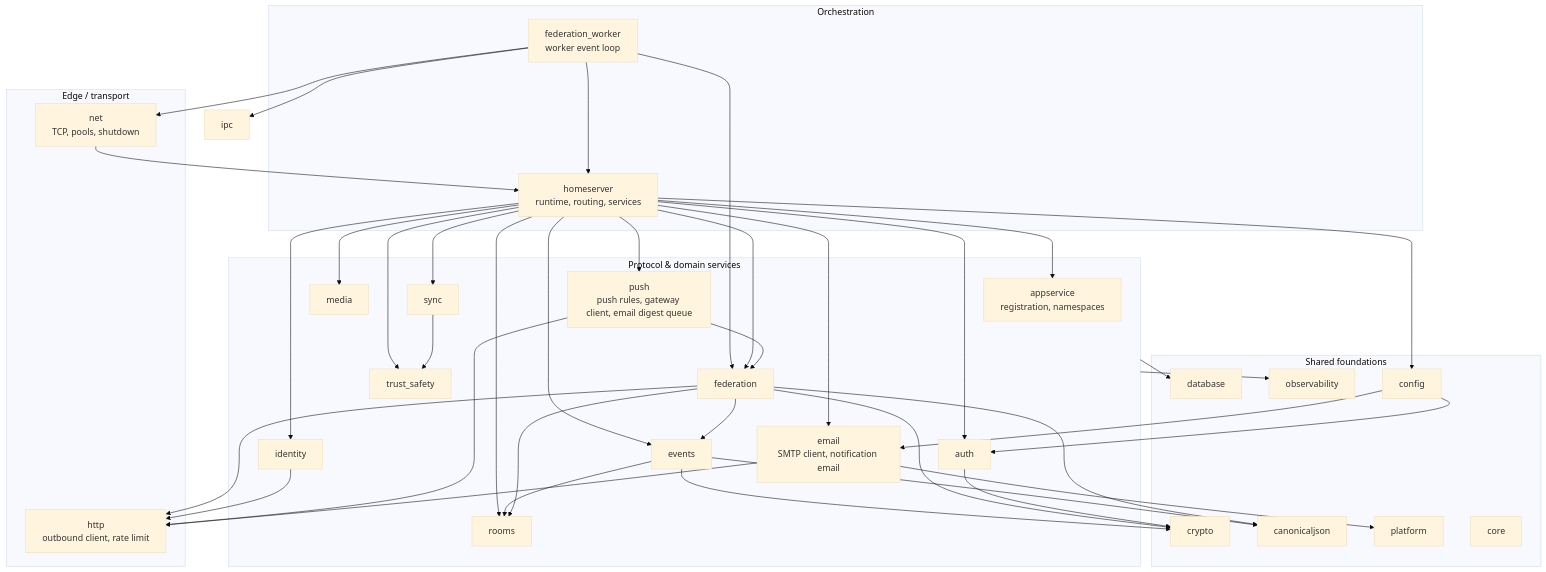
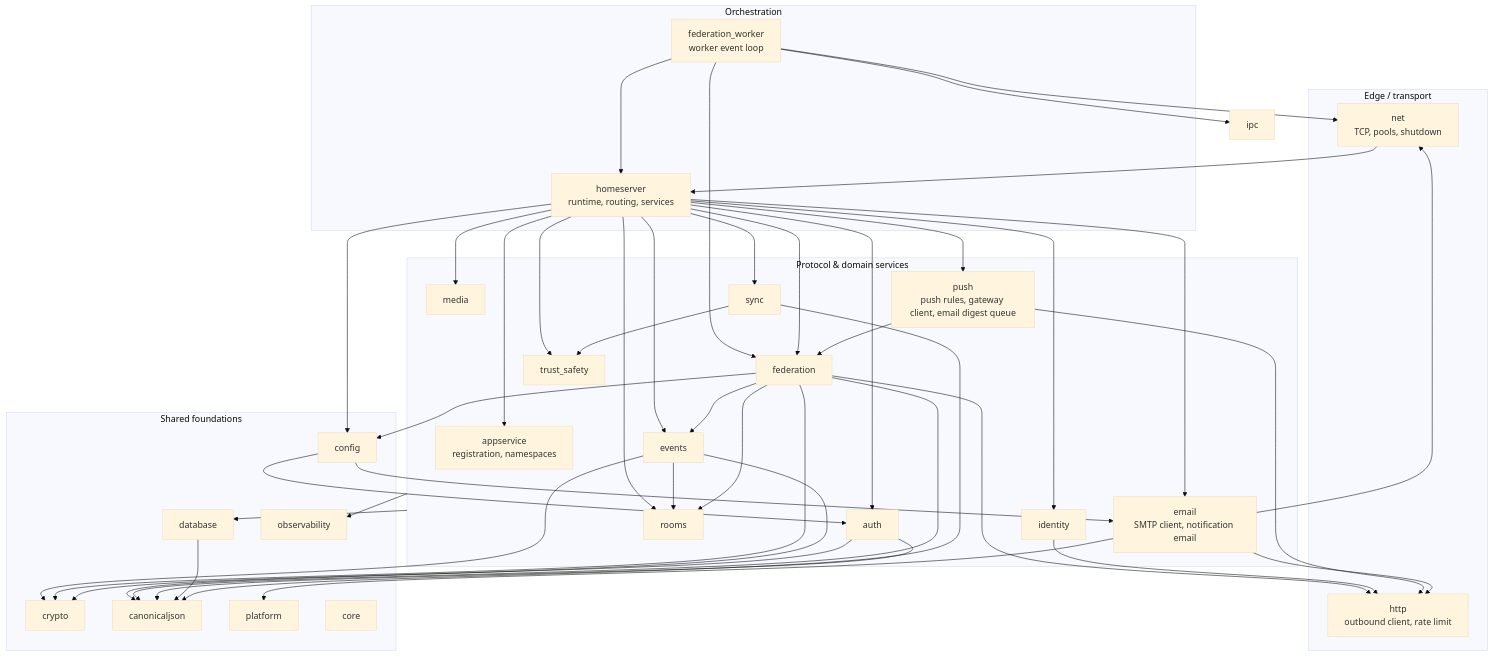
One commit to OMG-Software/Merovingian changed the second of 6 diagrams in docs/architecture.md. Above: the diagram before and after it, drawn with Mermaid (base theme). The commit also changed other lines of this file and 35 other files, not shown here.

````diff
--- a/docs/architecture.md
+++ b/docs/architecture.md
@@ -105,50 +108,52 @@
 ```mermaid
 flowchart TB
     subgraph edge["Edge / transport"]
         net["net<br/>TCP, pools, shutdown"]
         http["http<br/>outbound client, rate limit"]
     end
     subgraph orchestration["Orchestration"]
         homeserver["homeserver<br/>runtime, routing, services"]
         fedworker_mod["federation_worker<br/>worker event loop"]
     end
     subgraph services["Protocol & domain services"]
         appservice["appservice<br/>registration, namespaces"]
         auth["auth"]
         rooms["rooms"]
         events["events"]
         federation["federation"]
         identity["identity"]
         media["media"]
         push["push<br/>push rules, gateway client, email digest queue"]
         email["email<br/>SMTP client, notification email"]
         sync["sync"]
         trust_safety["trust_safety"]
     end
     subgraph foundations["Shared foundations"]
         database["database"]
         crypto["crypto"]
         canonicaljson["canonicaljson"]
         observability["observability"]
         platform["platform"]
         config["config"]
         core["core"]
     end
 
     net --> homeserver
     fedworker_mod --> homeserver & federation & ipc & net
     homeserver --> auth & rooms & events & federation & media & push & email & sync & trust_safety & identity & appservice
     federation --> http
     identity --> http
     push --> http & federation
-    email --> http & platform
+    email --> http & platform & net
     config --> email
     sync --> trust_safety
     services --> database
     events --> crypto & canonicaljson & rooms
-    federation --> crypto & canonicaljson & events & rooms
-    auth --> crypto
+    federation --> crypto & canonicaljson & events & rooms & config
+    auth --> crypto & canonicaljson
+    database --> canonicaljson
+    sync --> canonicaljson
     services --> observability
     homeserver --> config
     config --> auth
 ```
````
